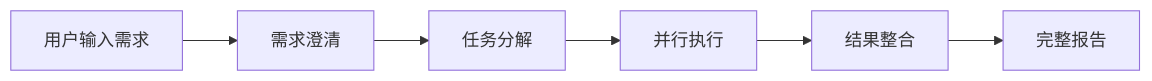
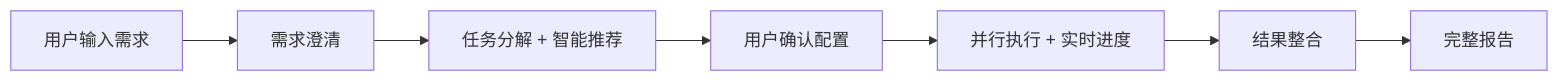
One commit to XX-Trader/smart-flow changed the diagram in README.md. Above: the diagram before and after it, drawn with Mermaid. The commit also changed other lines of this file, not shown here.

````diff
--- a/README.md
+++ b/README.md
@@ -114,8 +136,9 @@
 ```mermaid
 graph LR
     A[用户输入需求] --> B[需求澄清]
-    B --> C[任务分解]
-    C --> D[并行执行]
-    D --> E[结果整合]
-    E --> F[完整报告]
+    B --> C[任务分解 + 智能推荐]
+    C --> D[用户确认配置]
+    D --> E[并行执行 + 实时进度]
+    E --> F[结果整合]
+    F --> G[完整报告]
 ```
````
